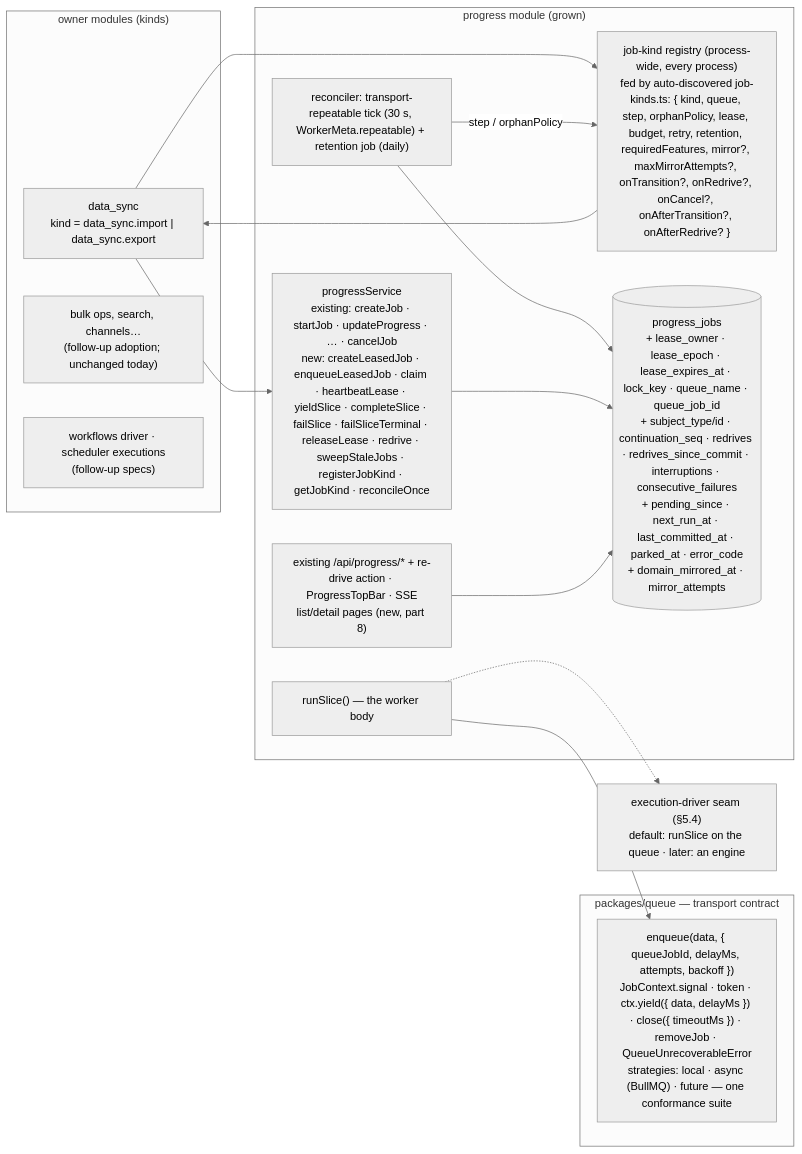
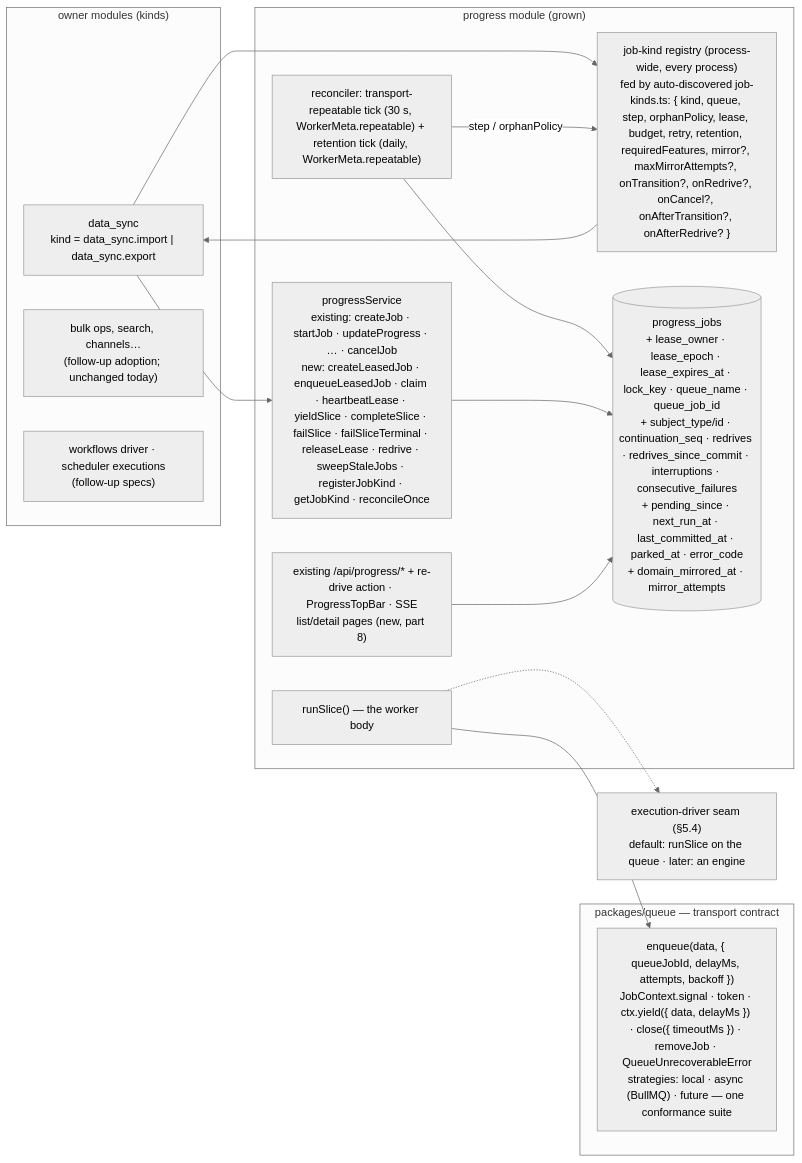
The diagram in .ai/specs/2026-08-21-background-work-04-solution.md (open-mercato/open-mercato), drawn with Mermaid (neutral theme) before and after one commit. The commit also changed other lines of this file and 3 other files, not shown here.

````diff
--- a/.ai/specs/2026-08-21-background-work-04-solution.md
+++ b/.ai/specs/2026-08-21-background-work-04-solution.md
@@ -108,27 +108,27 @@
 ```mermaid
 flowchart LR
   subgraph Owners["owner modules (kinds)"]
     DS["data_sync<br/>kind = data_sync.import | data_sync.export"]
     BULK["bulk ops, search, channels…<br/>(follow-up adoption; unchanged today)"]
     WF["workflows driver · scheduler executions<br/>(follow-up specs)"]
   end
   subgraph P["progress module (grown)"]
     SVC["progressService<br/>existing: createJob · startJob · updateProgress · … · cancelJob<br/>new: createLeasedJob · enqueueLeasedJob · claim · heartbeatLease · yieldSlice · completeSlice · failSlice · failSliceTerminal · releaseLease · redrive · sweepStaleJobs · registerJobKind · getJobKind · reconcileOnce"]
     REG["job-kind registry (process-wide, every process)<br/>fed by auto-discovered job-kinds.ts: { kind, queue, step, orphanPolicy, lease, budget, retry, retention, requiredFeatures, mirror?, maxMirrorAttempts?, onTransition?, onRedrive?, onCancel?, onAfterTransition?, onAfterRedrive? }"]
     SLICE["runSlice() — the worker body"]
-    REC["reconciler: transport-repeatable tick (30 s, WorkerMeta.repeatable) + retention job (daily)"]
+    REC["reconciler: transport-repeatable tick (30 s, WorkerMeta.repeatable) + retention tick (daily, WorkerMeta.repeatable)"]
     T[("progress_jobs<br/>+ lease_owner · lease_epoch · lease_expires_at · lock_key · queue_name · queue_job_id<br/>+ subject_type/id · continuation_seq · redrives · redrives_since_commit · interruptions · consecutive_failures<br/>+ pending_since · next_run_at · last_committed_at · parked_at · error_code<br/>+ domain_mirrored_at · mirror_attempts")]
     API["existing /api/progress/* + re-drive action · ProgressTopBar · SSE<br/>list/detail pages (new, part 8)"]
   end
   subgraph Q["packages/queue — transport contract"]
     QQ["enqueue(data, { queueJobId, delayMs, attempts, backoff })<br/>JobContext.signal · token · ctx.yield({ data, delayMs }) · close({ timeoutMs }) · removeJob · QueueUnrecoverableError<br/>strategies: local · async (BullMQ) · future — one conformance suite"]
   end
   DRV["execution-driver seam (§5.4)<br/>default: runSlice on the queue · later: an engine"]
   DS --> SVC & REG
   SLICE --> QQ
   REC --> T
   REC -->|step / orphanPolicy| REG --> DS
   SVC --> T
   API --> T
   SLICE -.-> DRV
 ```
````
